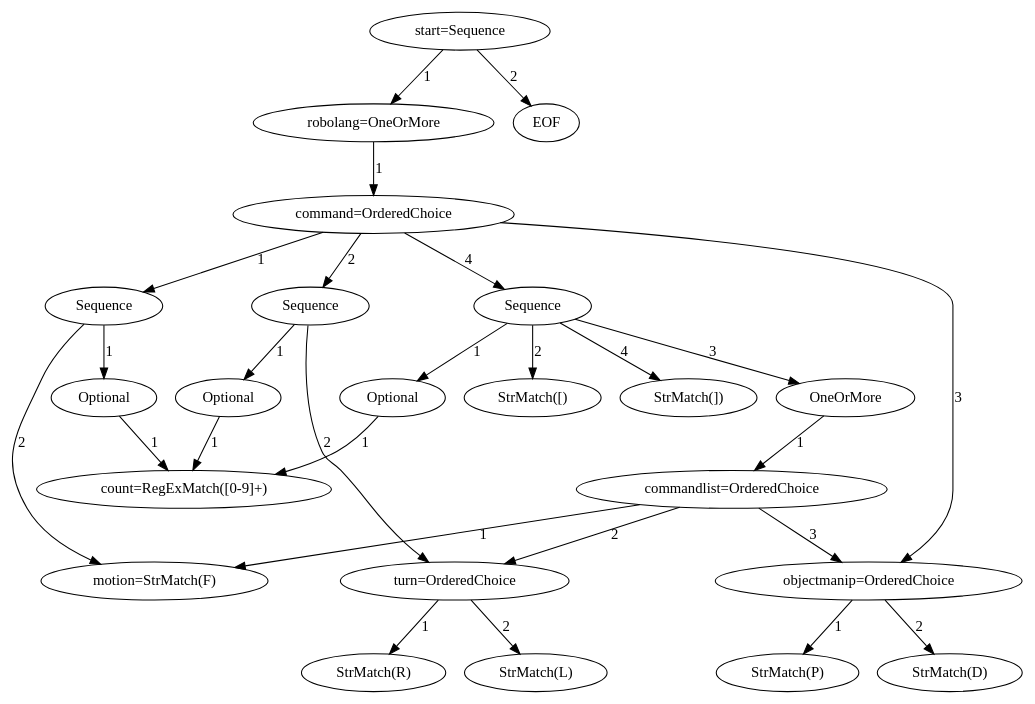
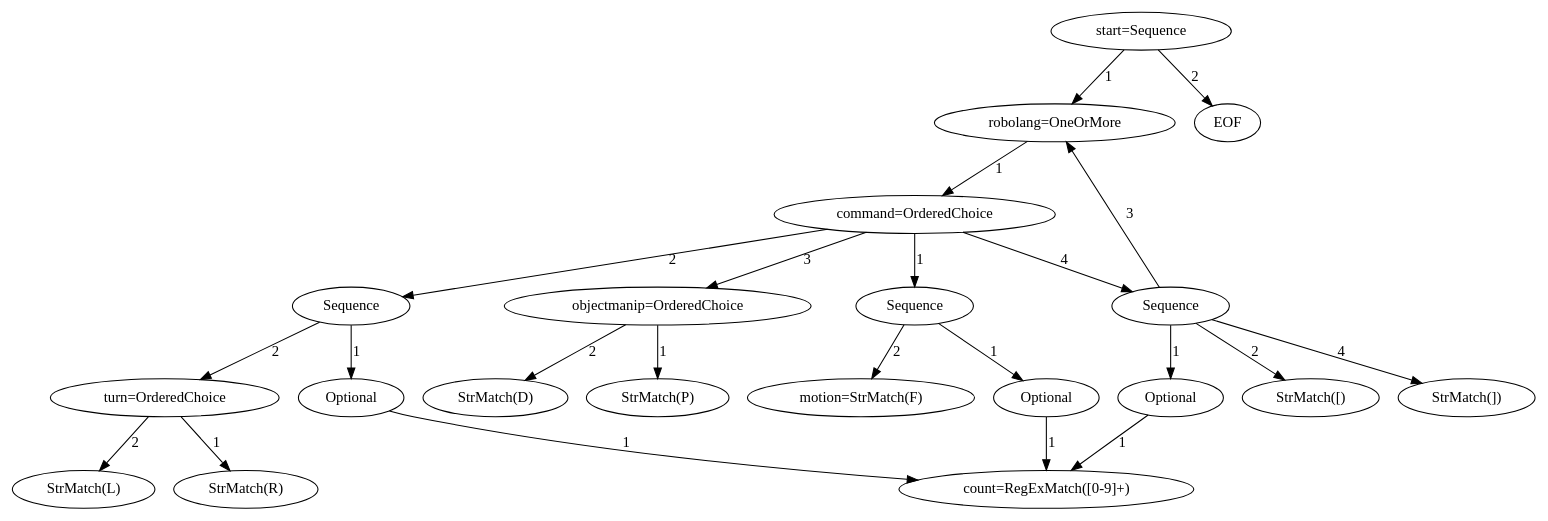
One commit to pragdave/nathan changed the diagram in start_peg_parser_model.dot. Above: the diagram before and after it, drawn with Graphviz. The commit also changed 7 other files, not shown here.

```diff
--- a/start_peg_parser_model.dot
+++ b/start_peg_parser_model.dot
@@ -1,76 +1,66 @@
 digraph arpeggio_graph {
-2089388116960 [label="start=Sequence"];
-2089388116960->2089388117016 [label="1"]
+2385991605832 [label="start=Sequence"];
+2385991605832->2385991605888 [label="1"]
 
-2089388117016 [label="robolang=OneOrMore"];
-2089388117016->2089388117240 [label="1"]
+2385991605888 [label="robolang=OneOrMore"];
+2385991605888->2385991606112 [label="1"]
 
-2089388117240 [label="command=OrderedChoice"];
-2089388117240->2089388116624 [label="1"]
+2385991606112 [label="command=OrderedChoice"];
+2385991606112->2385991605496 [label="1"]
 
-2089388116624 [label="Sequence"];
-2089388116624->2089388117576 [label="1"]
+2385991605496 [label="Sequence"];
+2385991605496->2385991604712 [label="1"]
 
-2089388117576 [label="Optional"];
-2089388117576->2089388135424 [label="1"]
+2385991604712 [label="Optional"];
+2385991604712->2385991619696 [label="1"]
 
-2089388135424 [label="count=RegExMatch([0-9]+)"];
-2089388116624->2089388135592 [label="2"]
+2385991619696 [label="count=RegExMatch([0-9]+)"];
+2385991605496->2385991619864 [label="2"]
 
-2089388135592 [label="motion=StrMatch(F)"];
-2089388117240->2089388116792 [label="2"]
+2385991619864 [label="motion=StrMatch(F)"];
+2385991606112->2385991605664 [label="2"]
 
-2089388116792 [label="Sequence"];
-2089388116792->2089388116512 [label="1"]
+2385991605664 [label="Sequence"];
+2385991605664->2385991605384 [label="1"]
 
-2089388116512 [label="Optional"];
-2089388116512->2089388135424 [label="1"]
+2385991605384 [label="Optional"];
+2385991605384->2385991619696 [label="1"]
 
-2089388116792->2089388117856 [label="2"]
+2385991605664->2385991618632 [label="2"]
 
-2089388117856 [label="turn=OrderedChoice"];
-2089388117856->2089388135480 [label="1"]
+2385991618632 [label="turn=OrderedChoice"];
+2385991618632->2385991619752 [label="1"]
 
-2089388135480 [label="StrMatch(R)"];
-2089388117856->2089388135144 [label="2"]
+2385991619752 [label="StrMatch(R)"];
+2385991618632->2385991618968 [label="2"]
 
-2089388135144 [label="StrMatch(L)"];
-2089388117240->2089388135536 [label="3"]
+2385991618968 [label="StrMatch(L)"];
+2385991606112->2385991619808 [label="3"]
 
-2089388135536 [label="objectmanip=OrderedChoice"];
-2089388135536->2089388135704 [label="1"]
+2385991619808 [label="objectmanip=OrderedChoice"];
+2385991619808->2385991619976 [label="1"]
 
-2089388135704 [label="StrMatch(P)"];
-2089388135536->2089388135760 [label="2"]
+2385991619976 [label="StrMatch(P)"];
+2385991619808->2385991620032 [label="2"]
 
-2089388135760 [label="StrMatch(D)"];
-2089388117240->2089388117744 [label="4"]
+2385991620032 [label="StrMatch(D)"];
+2385991606112->2385991618744 [label="4"]
 
-2089388117744 [label="Sequence"];
-2089388117744->2089388117968 [label="1"]
+2385991618744 [label="Sequence"];
+2385991618744->2385991619192 [label="1"]
 
-2089388117968 [label="Optional"];
-2089388117968->2089388135424 [label="1"]
+2385991619192 [label="Optional"];
+2385991619192->2385991619696 [label="1"]
 
-2089388117744->2089388134864 [label="2"]
+2385991618744->2385991619416 [label="2"]
 
-2089388134864 [label="StrMatch([)"];
-2089388117744->2089388134808 [label="3"]
+2385991619416 [label="StrMatch([)"];
+2385991618744->2385991605888 [label="3"]
 
-2089388134808 [label="OneOrMore"];
-2089388134808->2089388134640 [label="1"]
+2385991618744->2385991619528 [label="4"]
 
-2089388134640 [label="commandlist=OrderedChoice"];
-2089388134640->2089388135592 [label="1"]
+2385991619528 [label="StrMatch(])"];
+2385991605832->2385991530872 [label="2"]
 
-2089388134640->2089388117856 [label="2"]
-
-2089388134640->2089388135536 [label="3"]
-
-2089388117744->2089388135032 [label="4"]
-
-2089388135032 [label="StrMatch(])"];
-2089388116960->2089388042784 [label="2"]
-
-2089388042784 [label="EOF"];
+2385991530872 [label="EOF"];
 }
```
